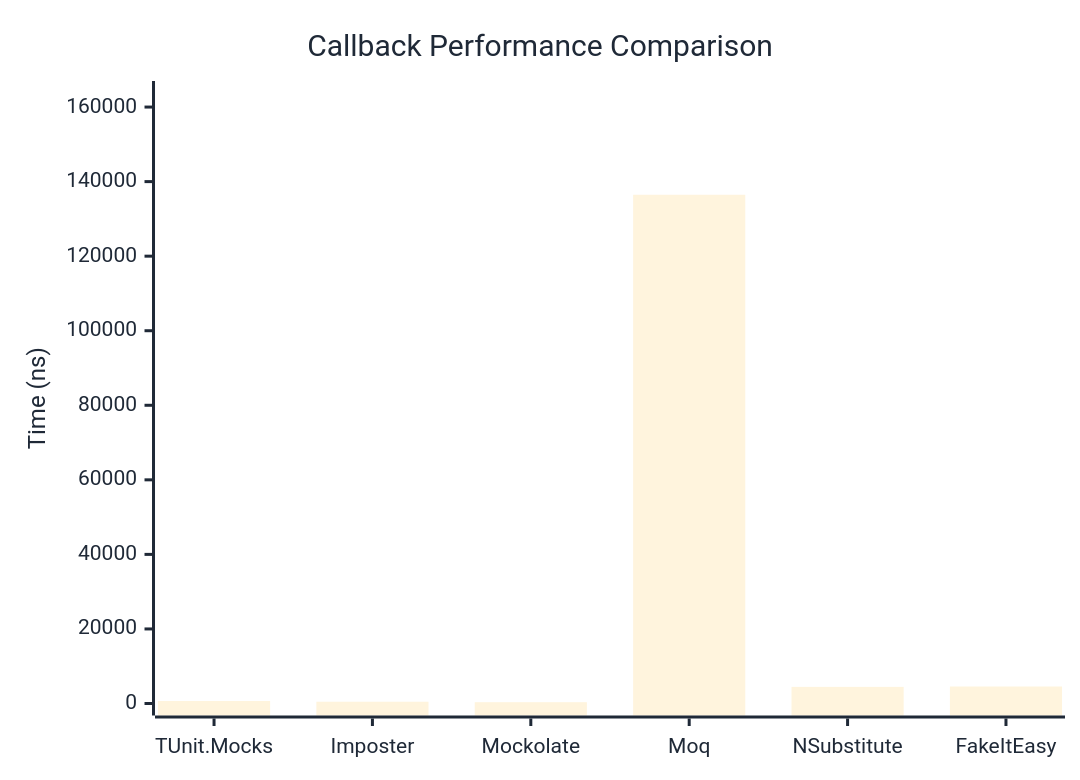
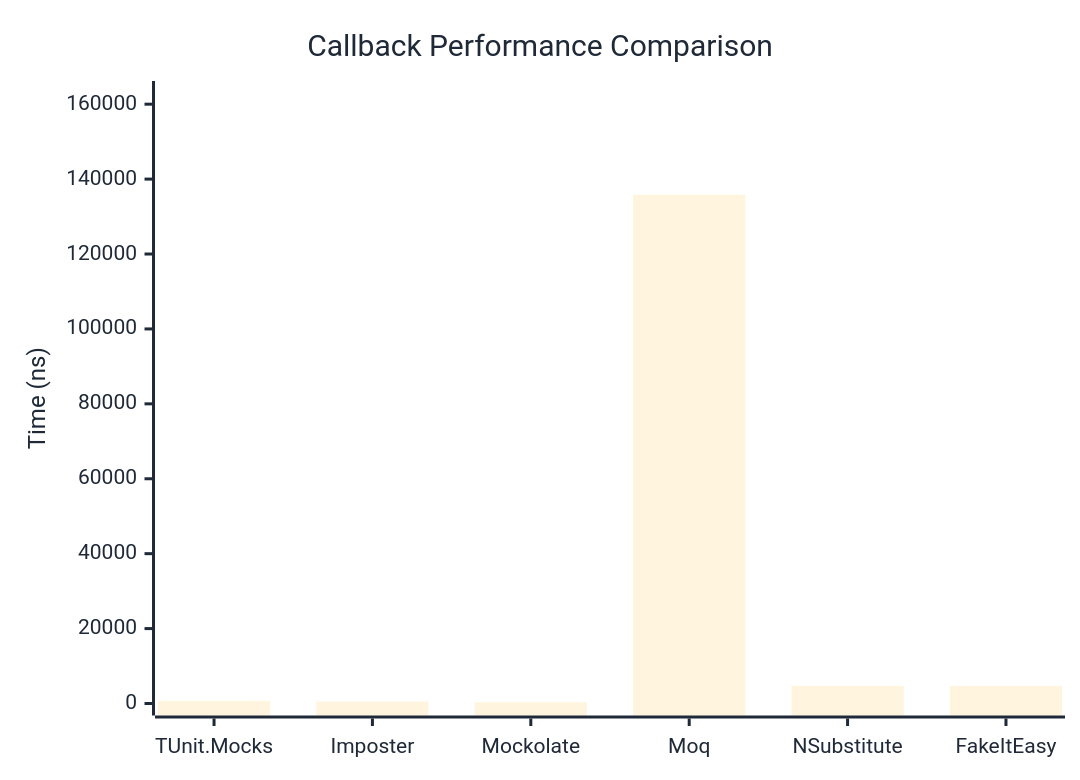
One commit to thomhurst/TUnit changed the first of 2 diagrams in docs/docs/benchmarks/mocks/Callback.md. Above: the diagram before and after it, drawn with Mermaid. The commit also changed other lines of this file and 14 other files, not shown here.

````diff
--- a/docs/docs/benchmarks/mocks/Callback.md
+++ b/docs/docs/benchmarks/mocks/Callback.md
@@ -30,27 +30,27 @@
 ```mermaid
 %%{init: {
   'theme':'base',
   'themeVariables': {
     'primaryColor': '#2563eb',
     'primaryTextColor': '#1f2937',
     'primaryBorderColor': '#1e40af',
     'lineColor': '#6b7280',
     'secondaryColor': '#7c3aed',
     'tertiaryColor': '#dc2626',
     'background': '#ffffff',
     'pie1': '#2563eb',
     'pie2': '#7c3aed',
     'pie3': '#dc2626',
     'pie4': '#f59e0b',
     'pie5': '#10b981',
     'pie6': '#06b6d4',
     'pie7': '#ec4899',
     'pie8': '#6366f1'
   }
 }}%%
 xychart-beta
   title "Callback Performance Comparison"
   x-axis ["TUnit.Mocks", "Imposter", "Mockolate", "Moq", "NSubstitute", "FakeItEasy"]
-  y-axis "Time (ns)" 0 --> 163771
-  bar [672.9, 474.9, 347.6, 136475.8, 4463, 4559]
+  y-axis "Time (ns)" 0 --> 162986
+  bar [700.5, 489.3, 353.4, 135820.9, 4704, 4698.6]
 ```
````
